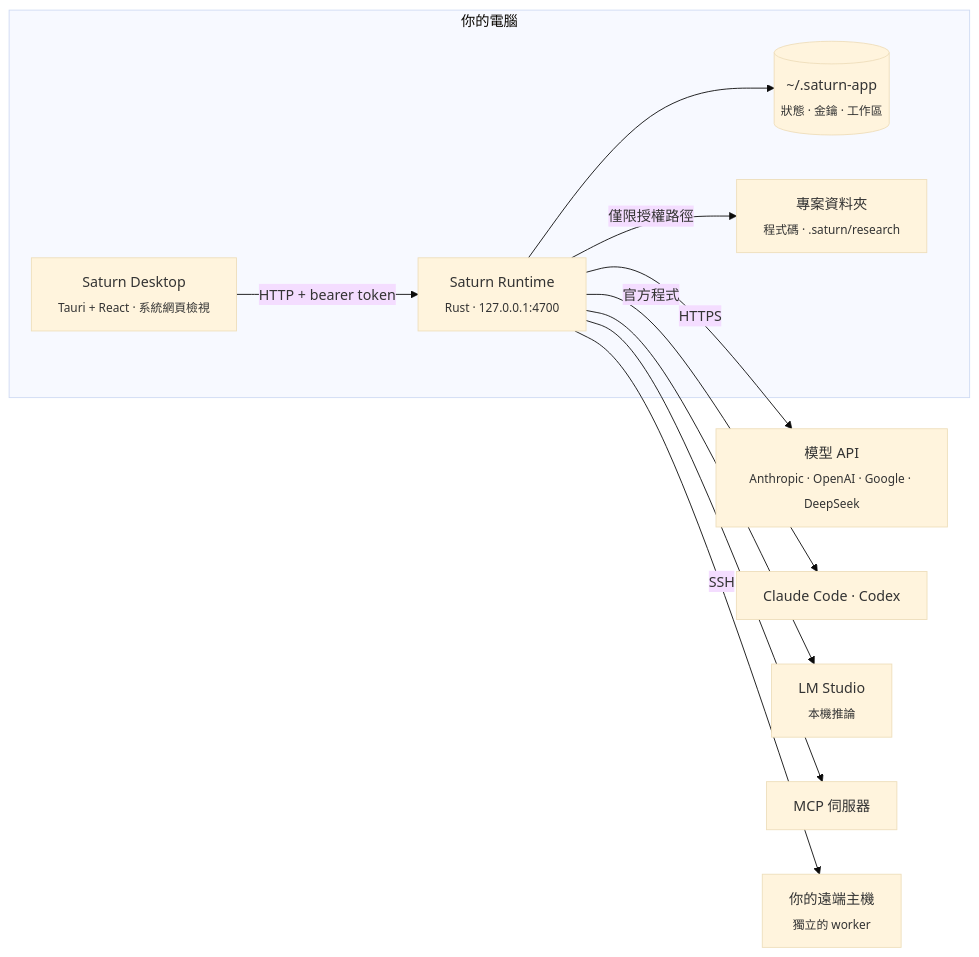
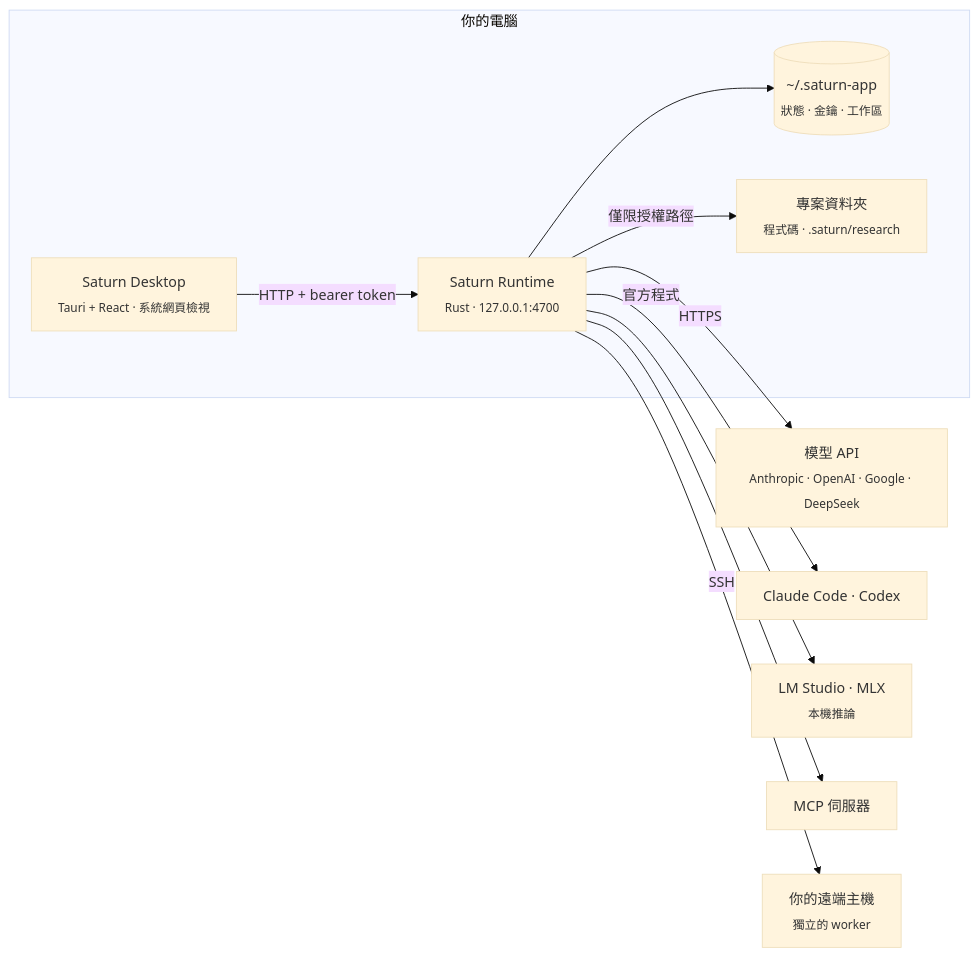
Before and after one commit to Saturn-Technology-Project/Saturn-App: the diagram in README_ZH.md, drawn with Mermaid (base theme). The commit also changed other lines of this file and 2 other files, not shown here.

Commit message:
Docs: local models through MLX

````diff
--- a/README_ZH.md
+++ b/README_ZH.md
@@ -187,17 +187,17 @@
 ```mermaid
 flowchart LR
   subgraph Machine["你的電腦"]
     D["Saturn Desktop<br/><sub>Tauri + React · 系統網頁檢視</sub>"]
     R["Saturn Runtime<br/><sub>Rust · 127.0.0.1:4700</sub>"]
     S[("~/.saturn-app<br/><sub>狀態 · 金鑰 · 工作區</sub>")]
     P["專案資料夾<br/><sub>程式碼 · .saturn/research</sub>"]
     D -- "HTTP + bearer token" --> R
     R --> S
     R -- "僅限授權路徑" --> P
   end
   R -- "HTTPS" --> M["模型 API<br/><sub>Anthropic · OpenAI · Google · DeepSeek</sub>"]
   R -- "官方程式" --> C["Claude Code · Codex"]
-  R --> L["LM Studio<br/><sub>本機推論</sub>"]
+  R --> L["LM Studio · MLX<br/><sub>本機推論</sub>"]
   R --> X["MCP 伺服器"]
   R -- "SSH" --> H["你的遠端主機<br/><sub>獨立的 worker</sub>"]
 ```
````
